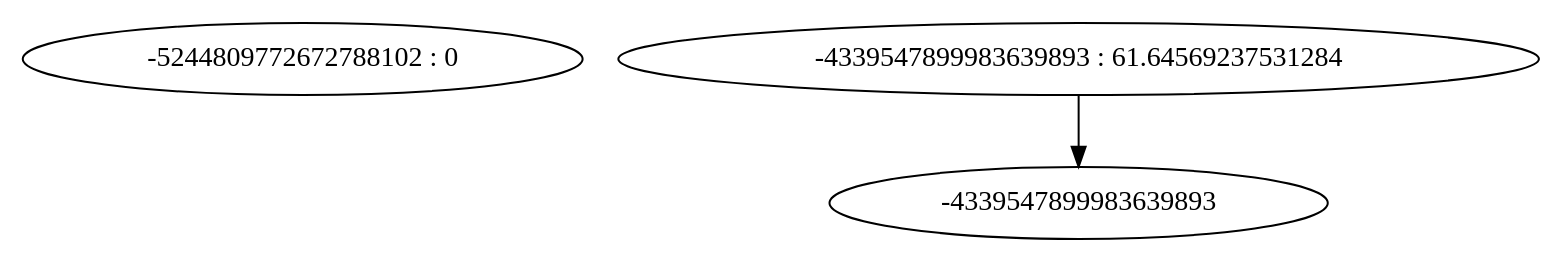
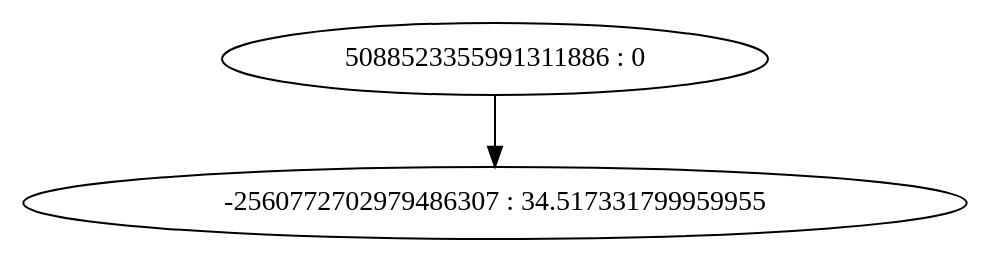
One commit to aka2910/P2P-currency-simulator changed the diagram in plots/tree_49.dot.gv. Above: the diagram before and after it, drawn with Graphviz. The commit also changed 101 other files, not shown here.

```diff
--- a/plots/tree_49.dot.gv
+++ b/plots/tree_49.dot.gv
@@ -1,5 +1,5 @@
 digraph "plots/tree_49.dot" {
-	0 [label="-5244809772672788102 : 0"]
-	1 [label="-4339547899983639893 : 61.64569237531284"]
-	1 -> -4339547899983639893
+	0 [label="5088523355991311886 : 0"]
+	1 [label="-2560772702979486307 : 34.517331799959955"]
+	0 -> 1
 }
```
